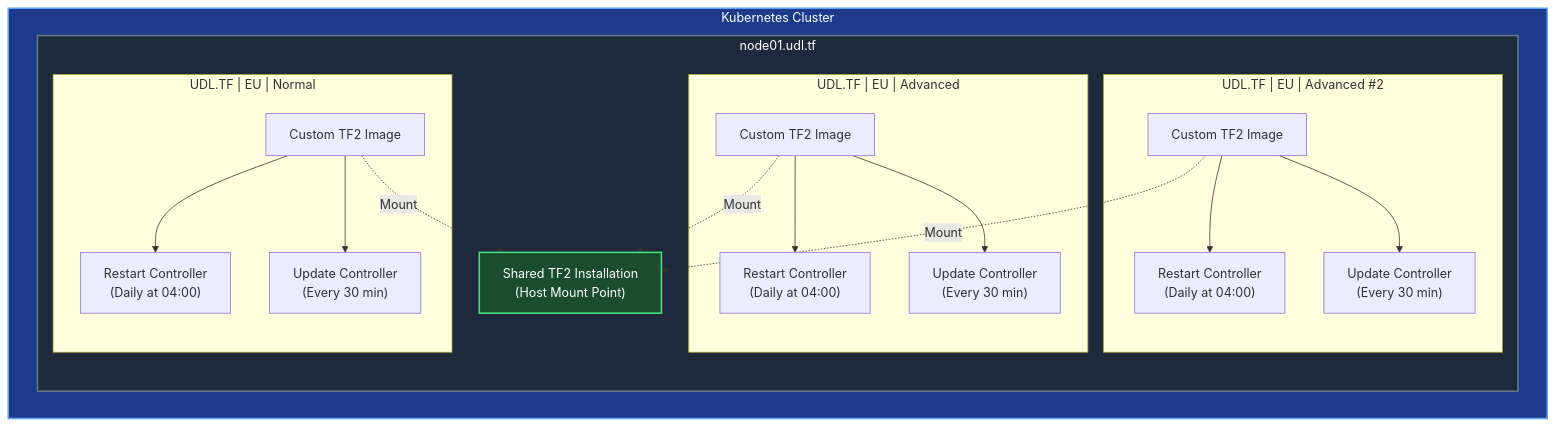
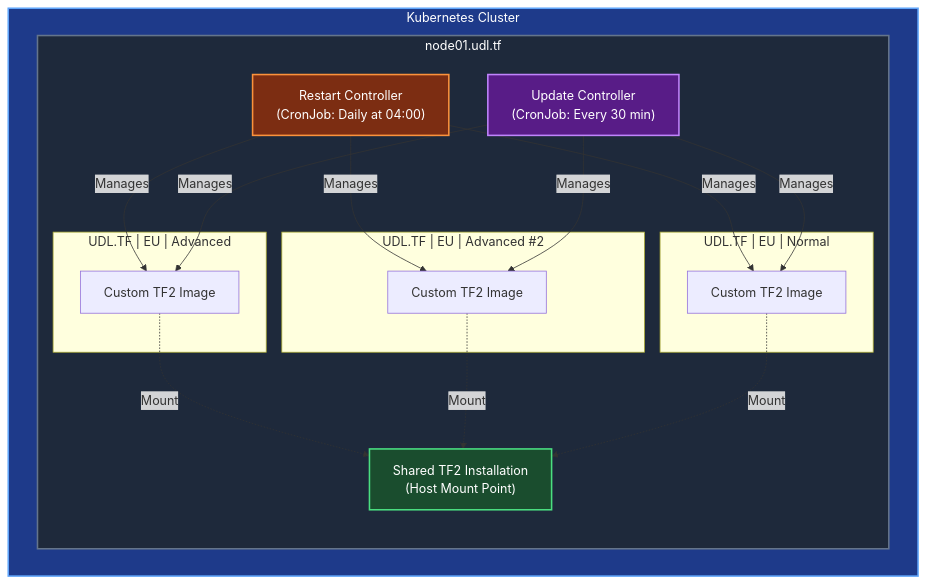
One commit to UDL-TF/Organization changed the diagram in infrastructure/overview.md. Above: the diagram before and after it, drawn with Mermaid. The commit also changed other lines of this file, not shown here.

Commit message:
Refactor infrastructure overview diagram to consolidate controller management and improve clarity

````diff
--- a/infrastructure/overview.md
+++ b/infrastructure/overview.md
@@ -5,40 +5,41 @@
 ```mermaid
 graph TB
     subgraph K8S["Kubernetes Cluster"]
         subgraph NODE["node01.udl.tf"]
             SHARED["Shared TF2 Installation<br/>(Host Mount Point)"]
 
+            RESTART["Restart Controller<br/>(CronJob: Daily at 04:00)"]
+            UPDATE["Update Controller<br/>(CronJob: Every 30 min)"]
+
             subgraph SERVER1["UDL.TF | EU | Advanced"]
                 POD1["Custom TF2 Image"]
-                RESTART1["Restart Controller<br/>(Daily at 04:00)"]
-                UPDATE1["Update Controller<br/>(Every 30 min)"]
-                POD1 --> RESTART1
-                POD1 --> UPDATE1
             end
 
             subgraph SERVER2["UDL.TF | EU | Advanced #2"]
                 POD2["Custom TF2 Image"]
-                RESTART2["Restart Controller<br/>(Daily at 04:00)"]
-                UPDATE2["Update Controller<br/>(Every 30 min)"]
-                POD2 --> RESTART2
-                POD2 --> UPDATE2
             end
 
             subgraph SERVER3["UDL.TF | EU | Normal"]
                 POD3["Custom TF2 Image"]
-                RESTART3["Restart Controller<br/>(Daily at 04:00)"]
-                UPDATE3["Update Controller<br/>(Every 30 min)"]
-                POD3 --> RESTART3
-                POD3 --> UPDATE3
             end
+
+            RESTART -->|Manages| POD1
+            RESTART -->|Manages| POD2
+            RESTART -->|Manages| POD3
+
+            UPDATE -->|Manages| POD1
+            UPDATE -->|Manages| POD2
+            UPDATE -->|Manages| POD3
 
             POD1 -.->|Mount| SHARED
             POD2 -.->|Mount| SHARED
             POD3 -.->|Mount| SHARED
         end
     end
 
     style SHARED fill:#1a4d2e,stroke:#4ade80,stroke-width:2px,color:#fff
     style NODE fill:#1e293b,stroke:#64748b,stroke-width:2px,color:#fff
     style K8S fill:#1e3a8a,stroke:#60a5fa,stroke-width:2px,color:#fff
+    style RESTART fill:#7c2d12,stroke:#fb923c,stroke-width:2px,color:#fff
+    style UPDATE fill:#581c87,stroke:#c084fc,stroke-width:2px,color:#fff
 ```
````
